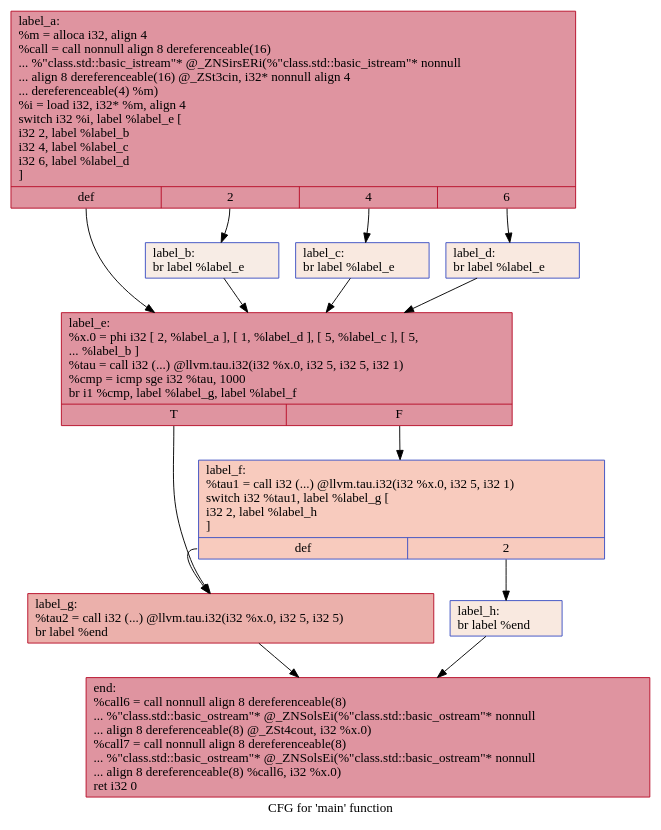
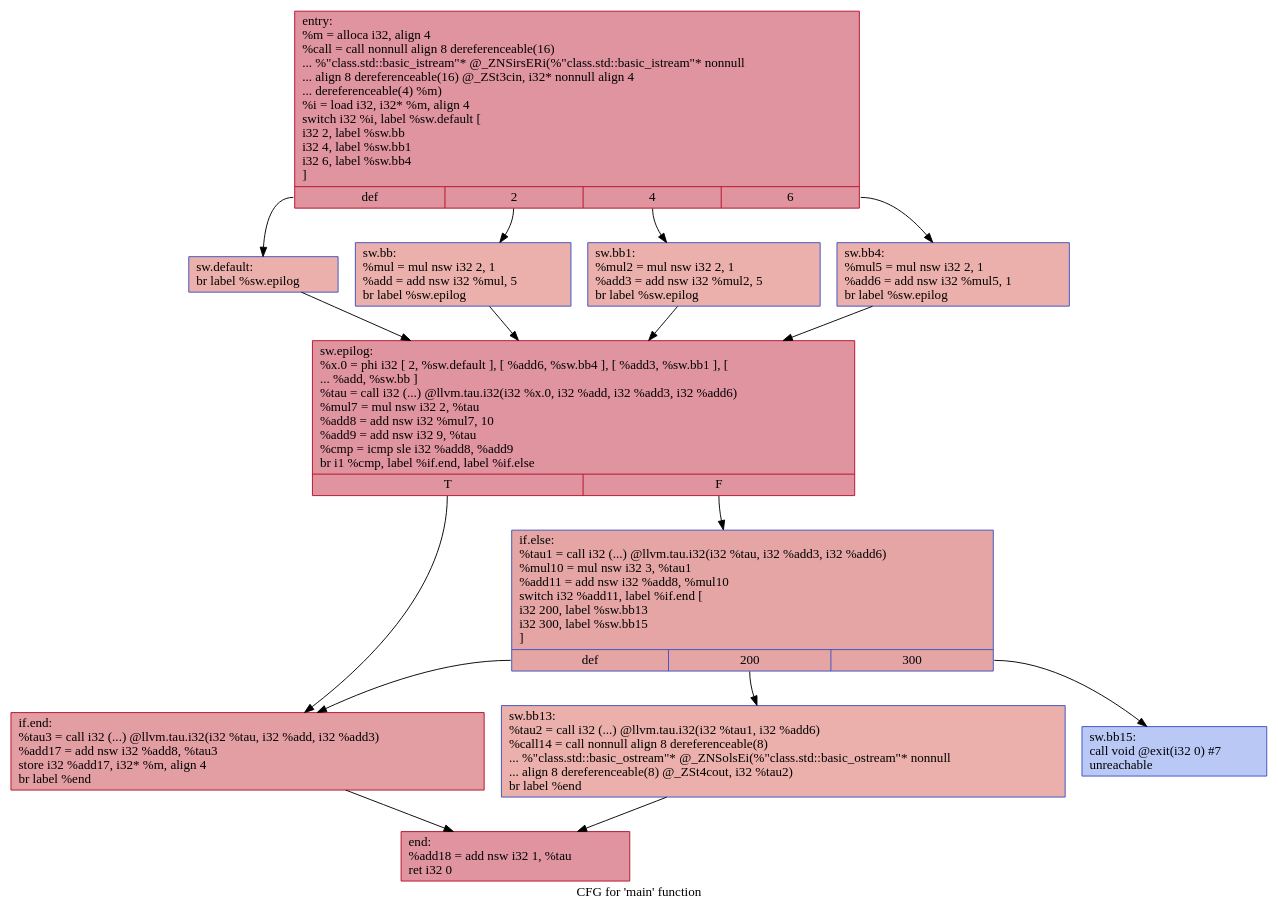
Before and after one commit to HPSSA-LLVM/HPSSA-LLVM: the diagram in IR/cfg/afterHPSSA.dot, drawn with Graphviz. The commit also changed 23 other files, not shown here.

```diff
--- a/IR/cfg/afterHPSSA.dot
+++ b/IR/cfg/afterHPSSA.dot
@@ -1,26 +1,30 @@
 digraph "CFG for 'main' function" {
 	label="CFG for 'main' function";
 
-	Node0x55e11deb5f50 [shape=record,color="#b70d28ff", style=filled, fillcolor="#b70d2870",label="{label_a:\l  %m = alloca i32, align 4\l  %call = call nonnull align 8 dereferenceable(16)\l... %\"class.std::basic_istream\"* @_ZNSirsERi(%\"class.std::basic_istream\"* nonnull\l... align 8 dereferenceable(16) @_ZSt3cin, i32* nonnull align 4\l... dereferenceable(4) %m)\l  %i = load i32, i32* %m, align 4\l  switch i32 %i, label %label_e [\l    i32 2, label %label_b\l    i32 4, label %label_c\l    i32 6, label %label_d\l  ]\l|{<s0>def|<s1>2|<s2>4|<s3>6}}"];
-	Node0x55e11deb5f50:s0 -> Node0x55e11deb6390;
-	Node0x55e11deb5f50:s1 -> Node0x55e11deb6490;
-	Node0x55e11deb5f50:s2 -> Node0x55e11deb6590;
-	Node0x55e11deb5f50:s3 -> Node0x55e11deb6690;
-	Node0x55e11deb6490 [shape=record,color="#3d50c3ff", style=filled, fillcolor="#ecd3c570",label="{label_b:                                          \l  br label %label_e\l}"];
-	Node0x55e11deb6490 -> Node0x55e11deb6390;
-	Node0x55e11deb6590 [shape=record,color="#3d50c3ff", style=filled, fillcolor="#f1ccb870",label="{label_c:                                          \l  br label %label_e\l}"];
-	Node0x55e11deb6590 -> Node0x55e11deb6390;
-	Node0x55e11deb6690 [shape=record,color="#3d50c3ff", style=filled, fillcolor="#f1ccb870",label="{label_d:                                          \l  br label %label_e\l}"];
-	Node0x55e11deb6690 -> Node0x55e11deb6390;
-	Node0x55e11deb6390 [shape=record,color="#b70d28ff", style=filled, fillcolor="#b70d2870",label="{label_e:                                          \l  %x.0 = phi i32 [ 2, %label_a ], [ 1, %label_d ], [ 5, %label_c ], [ 5,\l... %label_b ]\l  %tau = call i32 (...) @llvm.tau.i32(i32 %x.0, i32 5, i32 5, i32 1)\l  %cmp = icmp sge i32 %tau, 1000\l  br i1 %cmp, label %label_g, label %label_f\l|{<s0>T|<s1>F}}"];
-	Node0x55e11deb6390:s0 -> Node0x55e11deb6d60;
-	Node0x55e11deb6390:s1 -> Node0x55e11deb6dd0;
-	Node0x55e11deb6dd0 [shape=record,color="#3d50c3ff", style=filled, fillcolor="#ef886b70",label="{label_f:                                          \l  %tau1 = call i32 (...) @llvm.tau.i32(i32 %x.0, i32 5, i32 1)\l  switch i32 %tau1, label %label_g [\l    i32 2, label %label_h\l  ]\l|{<s0>def|<s1>2}}"];
-	Node0x55e11deb6dd0:s0 -> Node0x55e11deb6d60;
-	Node0x55e11deb6dd0:s1 -> Node0x55e11deb7100;
-	Node0x55e11deb6d60 [shape=record,color="#b70d28ff", style=filled, fillcolor="#d24b4070",label="{label_g:                                          \l  %tau2 = call i32 (...) @llvm.tau.i32(i32 %x.0, i32 5, i32 5)\l  br label %end\l}"];
-	Node0x55e11deb6d60 -> Node0x55e11deb72c0;
-	Node0x55e11deb7100 [shape=record,color="#3d50c3ff", style=filled, fillcolor="#f1ccb870",label="{label_h:                                          \l  br label %end\l}"];
-	Node0x55e11deb7100 -> Node0x55e11deb72c0;
-	Node0x55e11deb72c0 [shape=record,color="#b70d28ff", style=filled, fillcolor="#b70d2870",label="{end:                                              \l  %call6 = call nonnull align 8 dereferenceable(8)\l... %\"class.std::basic_ostream\"* @_ZNSolsEi(%\"class.std::basic_ostream\"* nonnull\l... align 8 dereferenceable(8) @_ZSt4cout, i32 %x.0)\l  %call7 = call nonnull align 8 dereferenceable(8)\l... %\"class.std::basic_ostream\"* @_ZNSolsEi(%\"class.std::basic_ostream\"* nonnull\l... align 8 dereferenceable(8) %call6, i32 %x.0)\l  ret i32 0\l}"];
+	Node0x559ed7f102f0 [shape=record,color="#b70d28ff", style=filled, fillcolor="#b70d2870",label="{entry:\l  %m = alloca i32, align 4\l  %call = call nonnull align 8 dereferenceable(16)\l... %\"class.std::basic_istream\"* @_ZNSirsERi(%\"class.std::basic_istream\"* nonnull\l... align 8 dereferenceable(16) @_ZSt3cin, i32* nonnull align 4\l... dereferenceable(4) %m)\l  %i = load i32, i32* %m, align 4\l  switch i32 %i, label %sw.default [\l    i32 2, label %sw.bb\l    i32 4, label %sw.bb1\l    i32 6, label %sw.bb4\l  ]\l|{<s0>def|<s1>2|<s2>4|<s3>6}}"];
+	Node0x559ed7f102f0:s0 -> Node0x559ed7f10730;
+	Node0x559ed7f102f0:s1 -> Node0x559ed7f10840;
+	Node0x559ed7f102f0:s2 -> Node0x559ed7f10940;
+	Node0x559ed7f102f0:s3 -> Node0x559ed7f10a40;
+	Node0x559ed7f10840 [shape=record,color="#3d50c3ff", style=filled, fillcolor="#d24b4070",label="{sw.bb:                                            \l  %mul = mul nsw i32 2, 1\l  %add = add nsw i32 %mul, 5\l  br label %sw.epilog\l}"];
+	Node0x559ed7f10840 -> Node0x559ed7f10cf0;
+	Node0x559ed7f10940 [shape=record,color="#3d50c3ff", style=filled, fillcolor="#d24b4070",label="{sw.bb1:                                           \l  %mul2 = mul nsw i32 2, 1\l  %add3 = add nsw i32 %mul2, 5\l  br label %sw.epilog\l}"];
+	Node0x559ed7f10940 -> Node0x559ed7f10cf0;
+	Node0x559ed7f10a40 [shape=record,color="#3d50c3ff", style=filled, fillcolor="#d24b4070",label="{sw.bb4:                                           \l  %mul5 = mul nsw i32 2, 1\l  %add6 = add nsw i32 %mul5, 1\l  br label %sw.epilog\l}"];
+	Node0x559ed7f10a40 -> Node0x559ed7f10cf0;
+	Node0x559ed7f10730 [shape=record,color="#3d50c3ff", style=filled, fillcolor="#d24b4070",label="{sw.default:                                       \l  br label %sw.epilog\l}"];
+	Node0x559ed7f10730 -> Node0x559ed7f10cf0;
+	Node0x559ed7f10cf0 [shape=record,color="#b70d28ff", style=filled, fillcolor="#b70d2870",label="{sw.epilog:                                        \l  %x.0 = phi i32 [ 2, %sw.default ], [ %add6, %sw.bb4 ], [ %add3, %sw.bb1 ], [\l... %add, %sw.bb ]\l  %tau = call i32 (...) @llvm.tau.i32(i32 %x.0, i32 %add, i32 %add3, i32 %add6)\l  %mul7 = mul nsw i32 2, %tau\l  %add8 = add nsw i32 %mul7, 10\l  %add9 = add nsw i32 9, %tau\l  %cmp = icmp sle i32 %add8, %add9\l  br i1 %cmp, label %if.end, label %if.else\l|{<s0>T|<s1>F}}"];
+	Node0x559ed7f10cf0:s0 -> Node0x559ed7f11a00;
+	Node0x559ed7f10cf0:s1 -> Node0x559ed7f11a70;
+	Node0x559ed7f11a70 [shape=record,color="#3d50c3ff", style=filled, fillcolor="#c5333470",label="{if.else:                                          \l  %tau1 = call i32 (...) @llvm.tau.i32(i32 %tau, i32 %add3, i32 %add6)\l  %mul10 = mul nsw i32 3, %tau1\l  %add11 = add nsw i32 %add8, %mul10\l  switch i32 %add11, label %if.end [\l    i32 200, label %sw.bb13\l    i32 300, label %sw.bb15\l  ]\l|{<s0>def|<s1>200|<s2>300}}"];
+	Node0x559ed7f11a70:s0 -> Node0x559ed7f11a00;
+	Node0x559ed7f11a70:s1 -> Node0x559ed7f120e0;
+	Node0x559ed7f11a70:s2 -> Node0x559ed7f12180;
+	Node0x559ed7f120e0 [shape=record,color="#3d50c3ff", style=filled, fillcolor="#d24b4070",label="{sw.bb13:                                          \l  %tau2 = call i32 (...) @llvm.tau.i32(i32 %tau1, i32 %add6)\l  %call14 = call nonnull align 8 dereferenceable(8)\l... %\"class.std::basic_ostream\"* @_ZNSolsEi(%\"class.std::basic_ostream\"* nonnull\l... align 8 dereferenceable(8) @_ZSt4cout, i32 %tau2)\l  br label %end\l}"];
+	Node0x559ed7f120e0 -> Node0x559ed7f126b0;
+	Node0x559ed7f12180 [shape=record,color="#3d50c3ff", style=filled, fillcolor="#6282ea70",label="{sw.bb15:                                          \l  call void @exit(i32 0) #7\l  unreachable\l}"];
+	Node0x559ed7f11a00 [shape=record,color="#b70d28ff", style=filled, fillcolor="#be242e70",label="{if.end:                                           \l  %tau3 = call i32 (...) @llvm.tau.i32(i32 %tau, i32 %add, i32 %add3)\l  %add17 = add nsw i32 %add8, %tau3\l  store i32 %add17, i32* %m, align 4\l  br label %end\l}"];
+	Node0x559ed7f11a00 -> Node0x559ed7f126b0;
+	Node0x559ed7f126b0 [shape=record,color="#b70d28ff", style=filled, fillcolor="#b70d2870",label="{end:                                              \l  %add18 = add nsw i32 1, %tau\l  ret i32 0\l}"];
 }
```
